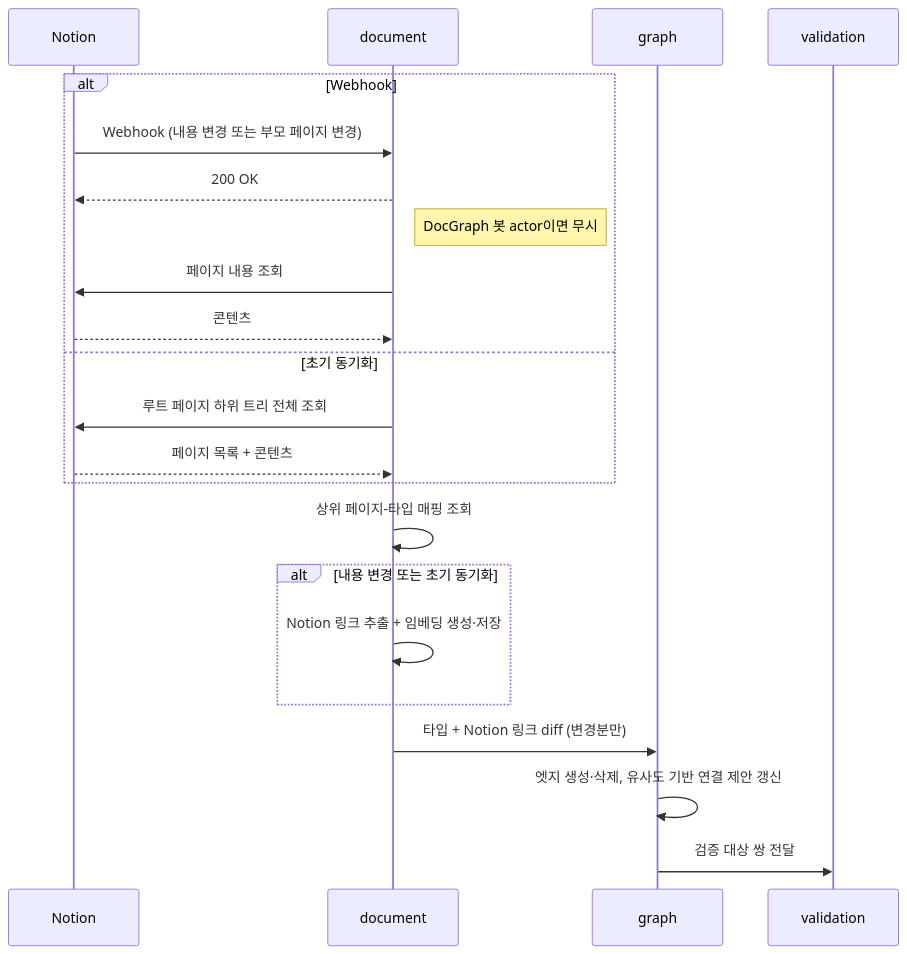
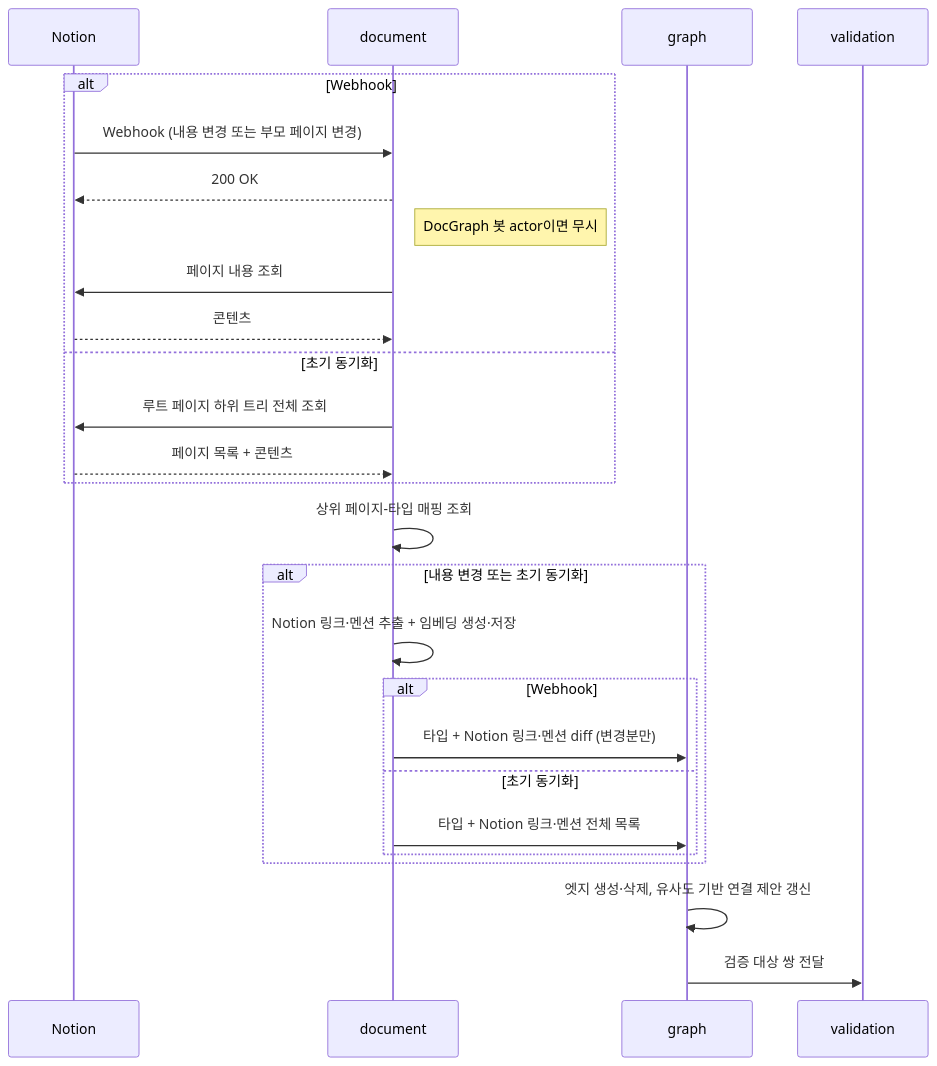
Before and after one commit to KHU-Cloud-2026-H/doc-graph: the first of 2 diagrams in docs/domains.md, drawn with Mermaid. The commit also changed other lines of this file and 3 other files, not shown here.

````diff
--- a/docs/domains.md
+++ b/docs/domains.md
@@ -17,25 +17,29 @@
 ```mermaid
 sequenceDiagram
     participant Notion
     participant document
     participant graph
     participant validation
 
     alt Webhook
         Notion->>document: Webhook (내용 변경 또는 부모 페이지 변경)
         document-->>Notion: 200 OK
         Note right of document: DocGraph 봇 actor이면 무시
         document->>Notion: 페이지 내용 조회
         Notion-->>document: 콘텐츠
     else 초기 동기화
         document->>Notion: 루트 페이지 하위 트리 전체 조회
         Notion-->>document: 페이지 목록 + 콘텐츠
     end
     document->>document: 상위 페이지-타입 매핑 조회
     alt 내용 변경 또는 초기 동기화
-        document->>document: Notion 링크 추출 + 임베딩 생성·저장
+        document->>document: Notion 링크·멘션 추출 + 임베딩 생성·저장
+        alt Webhook
+            document->>graph: 타입 + Notion 링크·멘션 diff (변경분만)
+        else 초기 동기화
+            document->>graph: 타입 + Notion 링크·멘션 전체 목록
+        end
     end
-    document->>graph: 타입 + Notion 링크 diff (변경분만)
     graph->>graph: 엣지 생성·삭제, 유사도 기반 연결 제안 갱신
     graph->>validation: 검증 대상 쌍 전달
 ```
````
